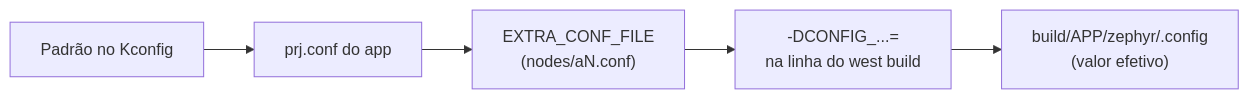
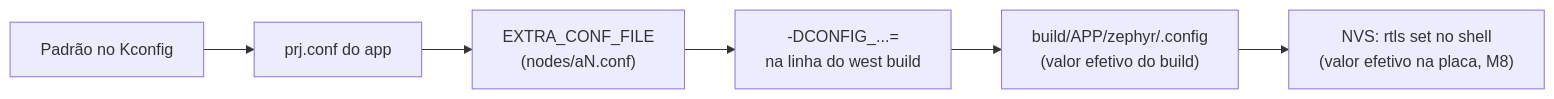
Before and after one commit to MauroTony/dwm1001-rtls-fw: diagram 17 of 17 in docs/09-guia-do-codigo.md, drawn with Mermaid. The commit also changed other lines of this file and 5 other files, not shown here.

````diff
--- a/docs/09-guia-do-codigo.md
+++ b/docs/09-guia-do-codigo.md
@@ -643,5 +714,6 @@
 ```mermaid
 flowchart LR
     d["Padrão no Kconfig"] --> p["prj.conf do app"] --> e["EXTRA_CONF_FILE<br/>(nodes/aN.conf)"] --> c["-DCONFIG_...=<br/>na linha do west build"]
-    c --> f["build/APP/zephyr/.config<br/>(valor efetivo)"]
+    c --> f["build/APP/zephyr/.config<br/>(valor efetivo do build)"]
+    f --> n["NVS: rtls set no shell<br/>(valor efetivo na placa, M8)"]
 ```
````
